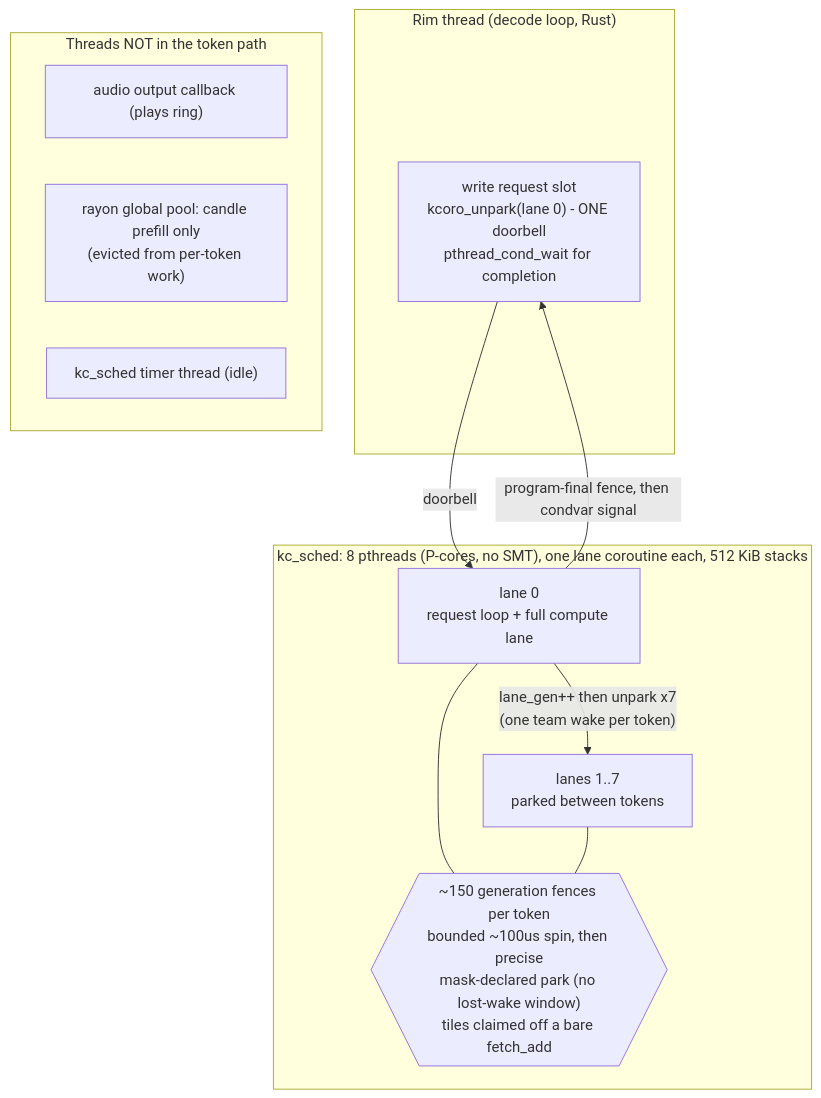
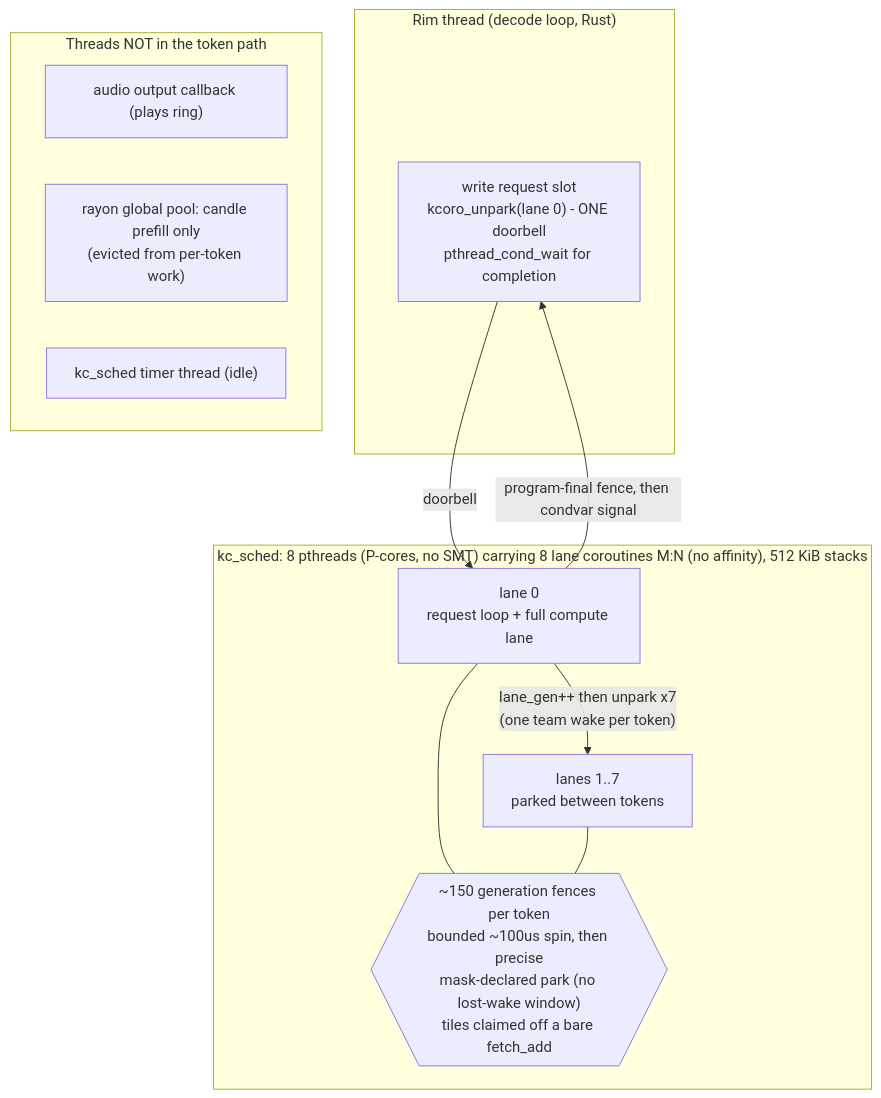
One commit to SolaceHarmony/emberharmony changed the second of 2 diagrams in crates/liquid-audio/docs/DECODE_ENGINE.md. Above: the diagram before and after it, drawn with Mermaid. The commit also changed other lines of this file and 3 other files, not shown here.

````diff
--- a/crates/liquid-audio/docs/DECODE_ENGINE.md
+++ b/crates/liquid-audio/docs/DECODE_ENGINE.md
@@ -52,21 +58,21 @@
 ```mermaid
 flowchart TB
     subgraph rim["Rim thread (decode loop, Rust)"]
         R["write request slot<br/>kcoro_unpark(lane 0) - ONE doorbell<br/>pthread_cond_wait for completion"]
     end
-    subgraph sched["kc_sched: 8 pthreads (P-cores, no SMT), one lane coroutine each, 512 KiB stacks"]
+    subgraph sched["kc_sched: 8 pthreads (P-cores, no SMT) carrying 8 lane coroutines M:N (no affinity), 512 KiB stacks"]
         L0["lane 0<br/>request loop + full compute lane"]
         LN["lanes 1..7<br/>parked between tokens"]
         L0 -- "lane_gen++ then unpark x7<br/>(one team wake per token)" --> LN
         L0 --- F
         LN --- F
         F{{"~150 generation fences per token<br/>bounded ~100us spin, then precise<br/>mask-declared park (no lost-wake window)<br/>tiles claimed off a bare fetch_add"}}
     end
     R -- "doorbell" --> L0
     L0 -- "program-final fence, then condvar signal" --> R
     subgraph others["Threads NOT in the token path"]
         AUD["audio output callback (plays ring)"]
         RAY["rayon global pool: candle prefill only<br/>(evicted from per-token work)"]
         TIM["kc_sched timer thread (idle)"]
     end
 ```
````
